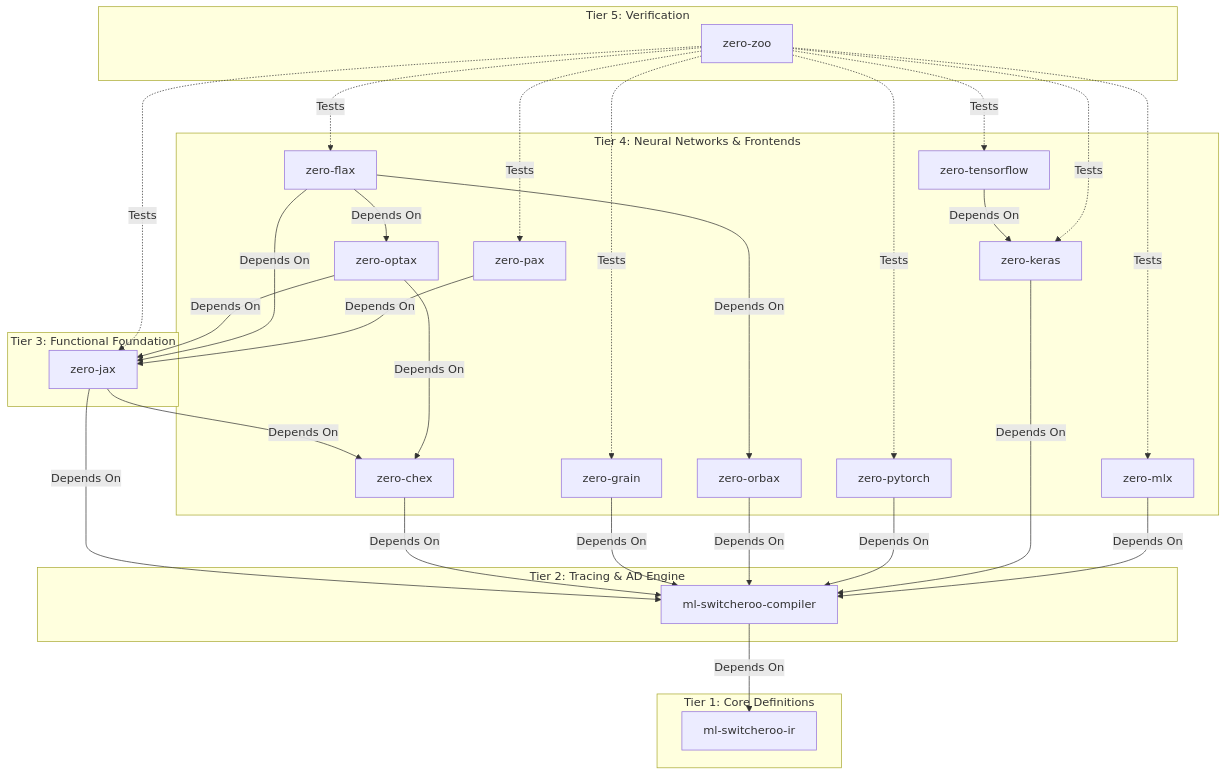
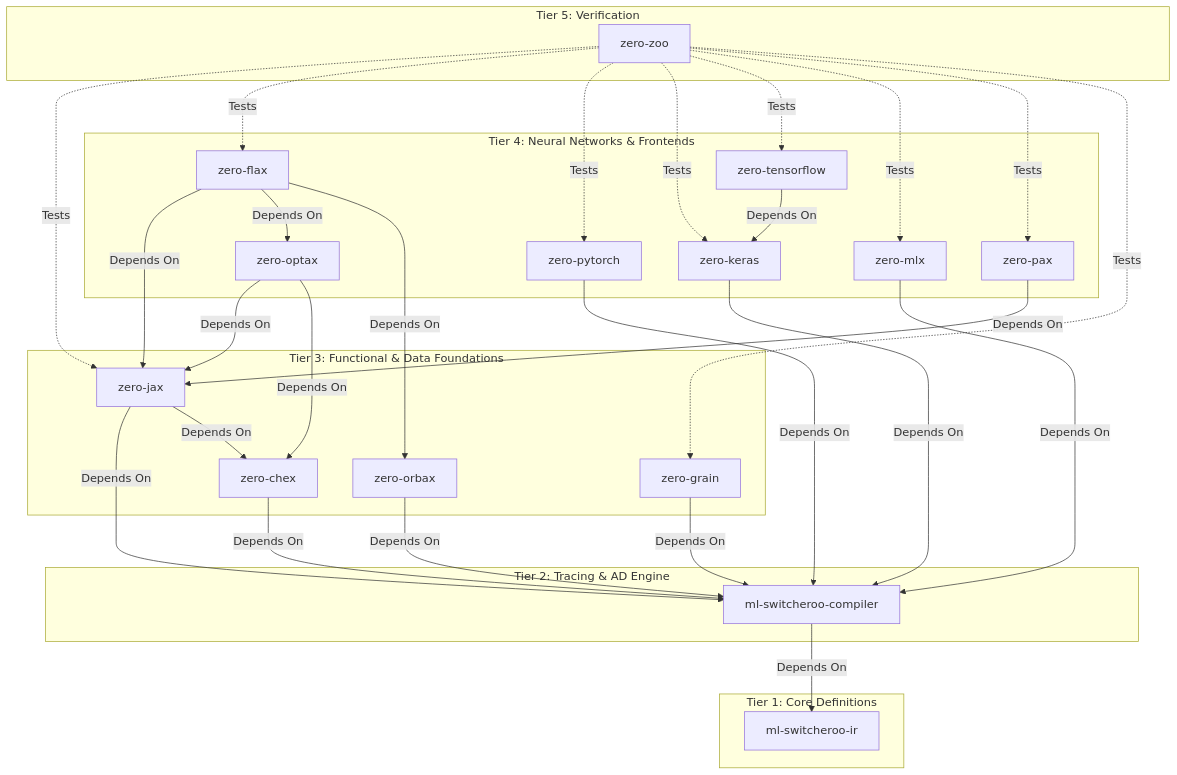
One commit to SamuelMarks/ml-switcheroo-compiler changed the first of 5 diagrams in ARCHITECTURE.md. Above: the diagram before and after it, drawn with Mermaid. The commit also changed other lines of this file and 222 other files, not shown here.

````diff
--- a/ARCHITECTURE.md
+++ b/ARCHITECTURE.md
@@ -17,59 +17,59 @@
 ```mermaid
 graph TD
     subgraph Tier 1: Core Definitions
         IR[ml-switcheroo-ir]
     end
 
     subgraph Tier 2: Tracing & AD Engine
         COMP[ml-switcheroo-compiler]
     end
 
-    subgraph Tier 3: Functional Foundation
+    subgraph Tier 3: Functional & Data Foundations
         ZJ[zero-jax]
+        ZC[zero-chex]
+        ZG[zero-grain]
+        ZOB[zero-orbax]
     end
 
     subgraph Tier 4: Neural Networks & Frontends
         ZF[zero-flax]
         ZP[zero-pytorch]
         ZK[zero-keras]
         ZT[zero-tensorflow]
         ZM[zero-mlx]
         ZPX[zero-pax]
         ZO[zero-optax]
-        ZC[zero-chex]
-        ZG[zero-grain]
-        ZOB[zero-orbax]
     end
 
     subgraph Tier 5: Verification
         ZZ[zero-zoo]
     end
 
     COMP -->|Depends On| IR
 
     ZJ -->|Depends On| COMP
     ZO -->|Depends On| ZJ
     ZC -->|Depends On| COMP
     ZG -->|Depends On| COMP
     ZOB -->|Depends On| COMP
     ZJ -->|Depends On| ZC
     ZO -->|Depends On| ZC
 
     ZF -->|Depends On| ZJ
     ZF -->|Depends On| ZO
     ZF -->|Depends On| ZOB
     ZP -->|Depends On| COMP
     ZK -->|Depends On| COMP
     ZT -->|Depends On| ZK
     ZM -->|Depends On| COMP
     ZPX -->|Depends On| ZJ
 
     ZZ -.->|Tests| ZJ
     ZZ -.->|Tests| ZF
     ZZ -.->|Tests| ZP
     ZZ -.->|Tests| ZK
     ZZ -.->|Tests| ZT
     ZZ -.->|Tests| ZM
     ZZ -.->|Tests| ZPX
     ZZ -.->|Tests| ZG
 ```
````
